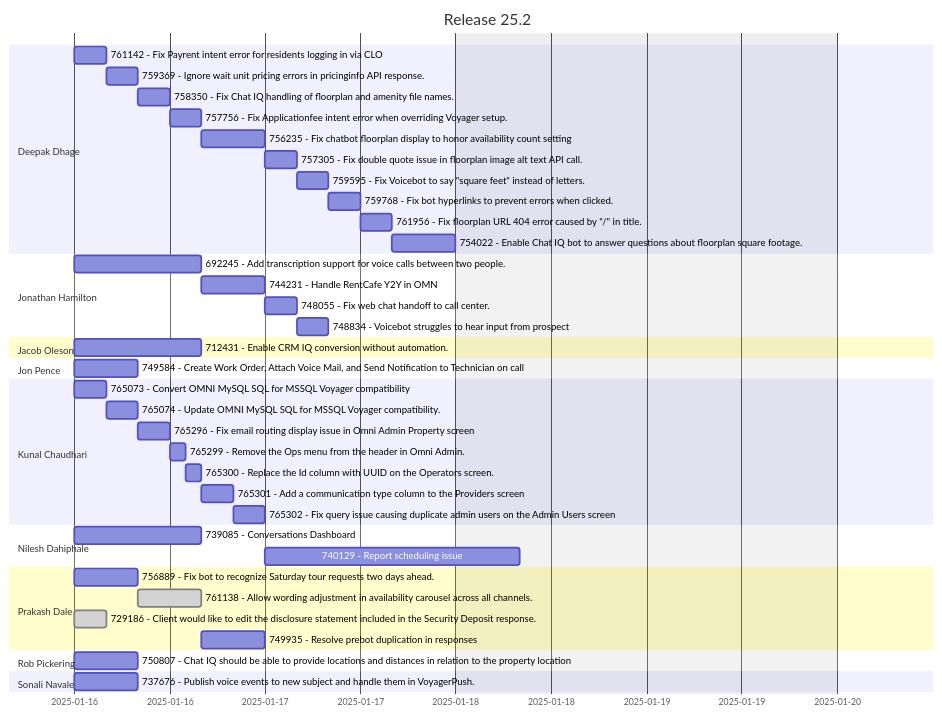
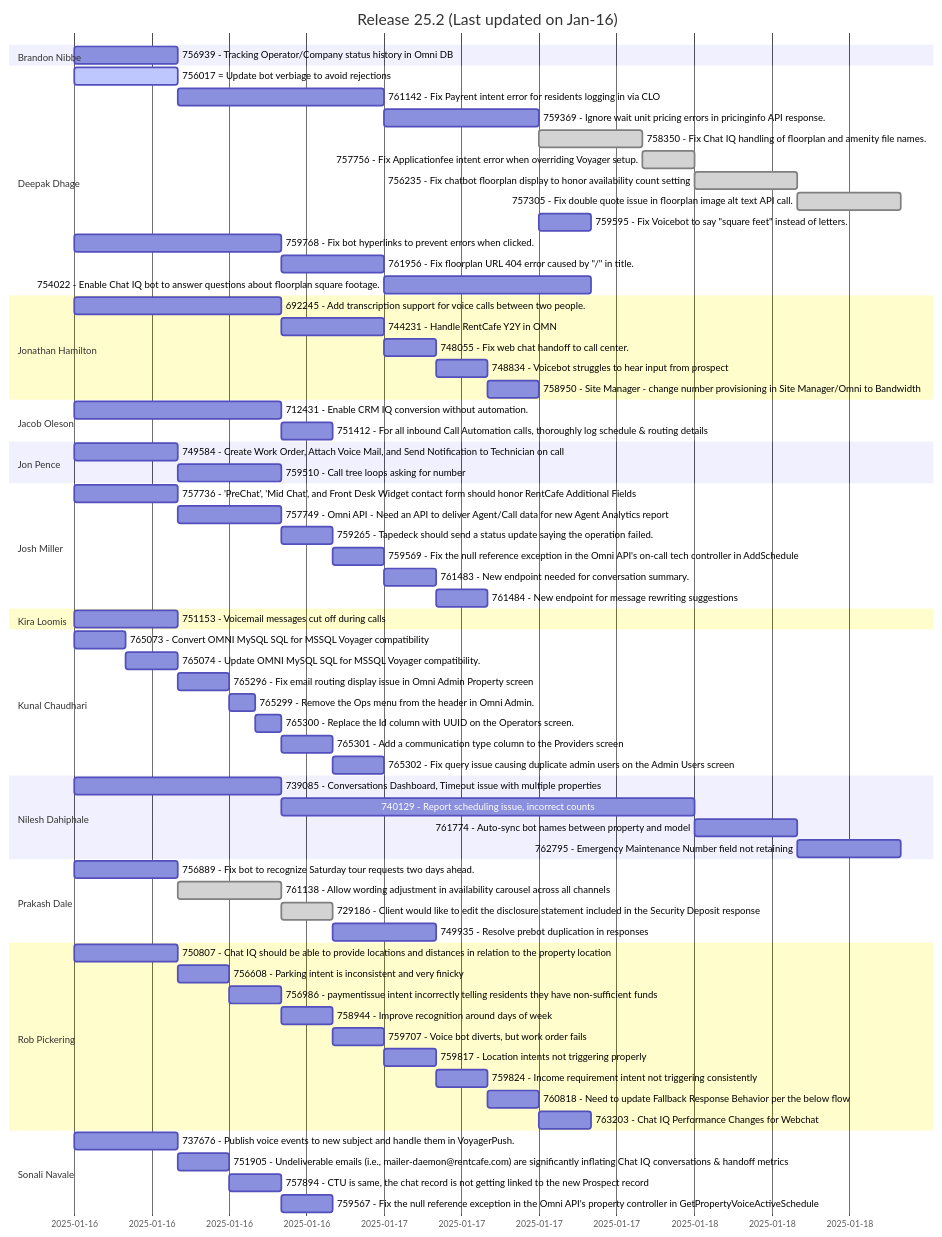
The diagram in README.md (prakash-dale/prakash-dale.github.io), drawn with Mermaid before and after one commit.

````diff
--- a/README.md
+++ b/README.md
@@ -5,35 +5,51 @@
 ```mermaid
 gantt
-    title Release 25.2
+    title Release 25.2 (Last updated on Jan-16)
     dateFormat MMM-DD
     tickInterval 4h
     excludes weekends
 
+    section Brandon Nibbe
+        756939 - Tracking Operator/Company status history in Omni DB: 756939, Jan-16, 8h
 
     section Deepak Dhage
-        761142 - Fix Payrent intent error for residents logging in via CLO      : 761142, Jan-16, 4h
-        759369 - Ignore wait unit pricing errors in pricinginfo API response.   : 759369, after 761142, 4h
-        758350 - Fix Chat IQ handling of floorplan and amenity file names.      : 758350, after 759369, 4h
-        757756 - Fix Applicationfee intent error when overriding Voyager setup. : 757756, after 758350, 4h
-        756235 - Fix chatbot floorplan display to honor availability count setting: 756235, after 757756, 8h
-        757305 - Fix double quote issue in floorplan image alt text API call.   : 757305, after 756235, 4h
-        759595 - Fix Voicebot to say "square feet" instead of letters.          : 759595, after 757305, 4h
-        759768 - Fix bot hyperlinks to prevent errors when clicked.             : 759768, after 759595, 4h
-        761956 - Fix floorplan URL 404 error caused by "/" in title.            : 761956, after 759768, 4h
-        754022 - Enable Chat IQ bot to answer questions about floorplan square footage.: 754022, after 761956, 8h
+        756017 = Update bot verbiage to avoid rejections: active, 756017, Jan-16, 8h
+        761142 - Fix Payrent intent error for residents logging in via CLO      : 761142, after 756017, 16h
+        759369 - Ignore wait unit pricing errors in pricinginfo API response.   : 759369, after 761142, 12h
+        758350 - Fix Chat IQ handling of floorplan and amenity file names.      : done, 758350, after 759369, 8h
+        757756 - Fix Applicationfee intent error when overriding Voyager setup. : done, 757756, after 758350, 4h
+        756235 - Fix chatbot floorplan display to honor availability count setting: done, 756235, after 757756, 8h
+        757305 - Fix double quote issue in floorplan image alt text API call.   : done, 757305, after 756235, 8h
+        759595 - Fix Voicebot to say "square feet" instead of letters.          : 759595, after 759369, 4h
+        759768 - Fix bot hyperlinks to prevent errors when clicked.             : 759768, Jan-16, 16h
+        761956 - Fix floorplan URL 404 error caused by "/" in title.            : 761956, after 759768, 8h
+        754022 - Enable Chat IQ bot to answer questions about floorplan square footage.: 754022, after 761956, 16h
 
     section Jonathan Hamilton
         692245 - Add transcription support for voice calls between two people.: 692245, Jan-16, 16h
         744231 - Handle RentCafe Y2Y in OMN: 744231, after 692245, 8h
         748055 - Fix web chat handoff to call center.: 748055, after 744231, 4h
         748834 - Voicebot struggles to hear input from prospect : 748834, after 748055, 4h
-
+        758950 - Site Manager - change number provisioning in Site Manager/Omni to Bandwidth: 758950, after 748834, 4h
 
     section Jacob Oleson
         712431 - Enable CRM IQ conversion without automation. : 712431, Jan-16, 16h
+        751412 - For all inbound Call Automation calls, thoroughly log schedule & routing details : 751412, after 712431, 4h
 
     section Jon Pence
         749584 - Create Work Order, Attach Voice Mail, and Send Notification to Technician on call: 749584, Jan-16, 8h
+        759510 - Call tree loops asking for number : 759510, after 749584, 8h
+
+    section Josh Miller
+        757736 - 'PreChat', 'Mid Chat', and Front Desk Widget contact form should honor RentCafe Additional Fields: 757736, Jan-16, 8h
+        757749 - Omni API - Need an API to deliver Agent/Call data for new Agent Analytics report: 757749, after 757736, 8h
+        759265 - Tapedeck should send a status update saying the operation failed.: 759265, after 757749, 4h
+        759569 - Fix the null reference exception in the Omni API's on-call tech controller in AddSchedule: 759569, after 759265, 4h
+        761483 - New endpoint needed for conversation summary.: 761483, after 759569, 4h
+        761484 - New endpoint for message rewriting suggestions: 761484, after 761483, 4h
+
+    section Kira Loomis
+        751153 - Voicemail messages cut off during calls : 751153, Jan-16, 8h
 
     section Kunal Chaudhari
         765073 - Convert OMNI MySQL SQL for MSSQL Voyager compatibility         : 765073, Jan-16, 4h
@@ -45,30 +61,32 @@
         765302 - Fix query issue causing duplicate admin users on the Admin Users screen: 765302, after 765301, 4h
 
     section Nilesh Dahiphale
-        739085 - Conversations Dashboard: Timeout issue with multiple properties: 739085, Jan-16, 16h
-        740129 - Report scheduling issue: incorrect counts : 740129, after 739085, 32h
-
+        739085 - Conversations Dashboard, Timeout issue with multiple properties: 739085, Jan-16, 16h
+        740129 - Report scheduling issue, incorrect counts: 740129, after 739085, 32h
+        761774 - Auto-sync bot names between property and model: 761774, after 740129, 8h
+        762795 - Emergency Maintenance Number field not retaining: 762795, after 761774, 8h
     
     section Prakash Dale
         756889 - Fix bot to recognize Saturday tour requests two days ahead.    : 756889, Jan-16, 8h
-        761138 - Allow wording adjustment in availability carousel across all channels.: done, 761138, after 756889, 8h
-        729186 - Client would like to edit the disclosure statement included in the Security Deposit response.: done, 729186, Jan-16, 4h
-        749935 - Resolve prebot duplication in responses: 749935, after 761138, 8h
-
+        761138 - Allow wording adjustment in availability carousel across all channels: done, 761138, after 756889, 8h
+        729186 - Client would like to edit the disclosure statement included in the Security Deposit response: done, 729186, after 761138, 4h
+        749935 - Resolve prebot duplication in responses: 749935, after 729186, 8h
+        
     section Rob Pickering
         750807 - Chat IQ should be able to provide locations and distances in relation to the property location: 750807, Jan-16, 8h
+        756608 - Parking intent is inconsistent and very finicky : 756608, after 750807, 4h
+        756986 - paymentissue intent incorrectly telling residents they have non-sufficient funds : 756986, after 756608, 4h
+        758944 - Improve recognition around days of week : 758944, after 756986, 4h
+        759707 - Voice bot diverts, but work order fails : 759707, after 758944, 4h
+        759817 - Location intents not triggering properly : 759817, after 759707, 4h
+        759824 - Income requirement intent not triggering consistently : 759824, after 759817, 4h
+        760818 - Need to update Fallback Response Behavior per the below flow : 760818, after 759824, 4h
+        763203 - Chat IQ Performance Changes for Webchat : 763203, after 760818, 4h
 
     section Sonali Navale
         737676 - Publish voice events to new subject and handle them in VoyagerPush.: 737676, Jan-16, 8h
-
-
-
-
-
-        
-
-
-
-
+        751905 - Undeliverable emails (i.e., mailer-daemon@rentcafe.com) are significantly inflating Chat IQ conversations & handoff metrics: 751905, after 737676, 4h
+        757894 - CTU is same, the chat record is not getting linked to the new Prospect record : 757894, after 751905, 4h
+        759567 - Fix the null reference exception in the Omni API's property controller in GetPropertyVoiceActiveSchedule: 759567, after 757894, 4h
 
 ```
````
